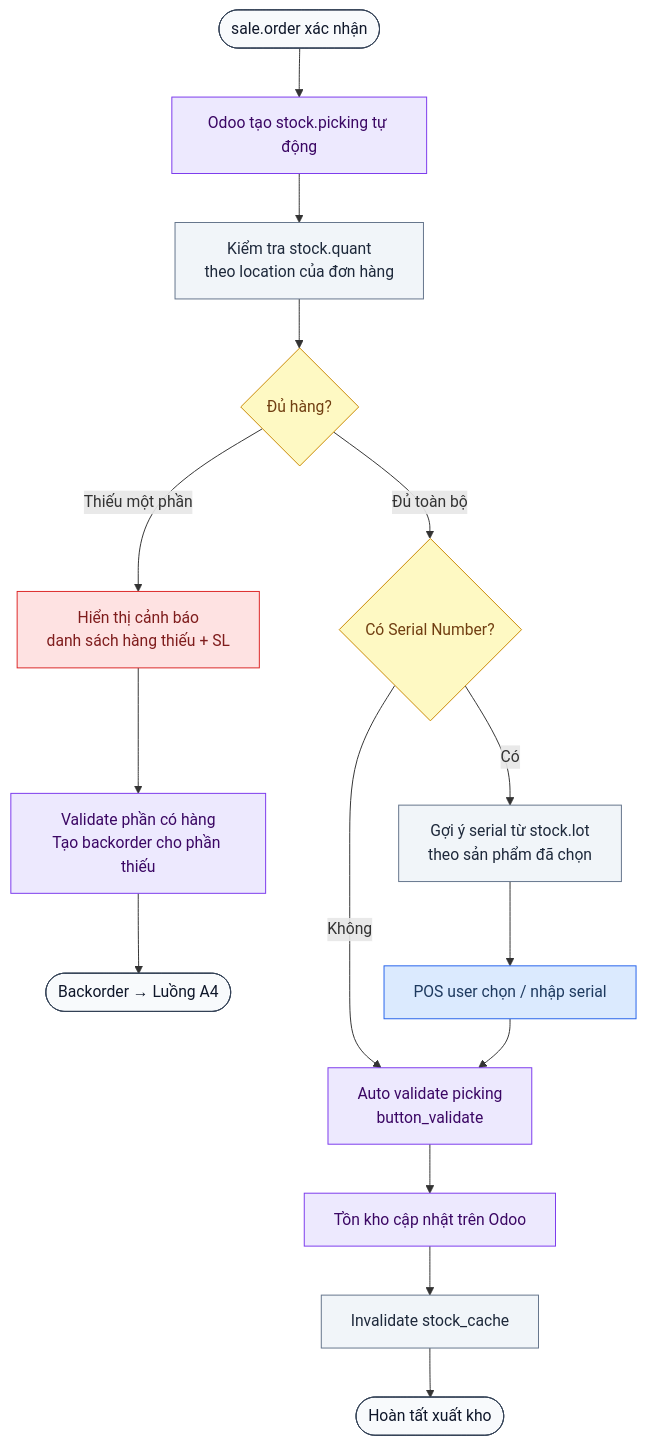
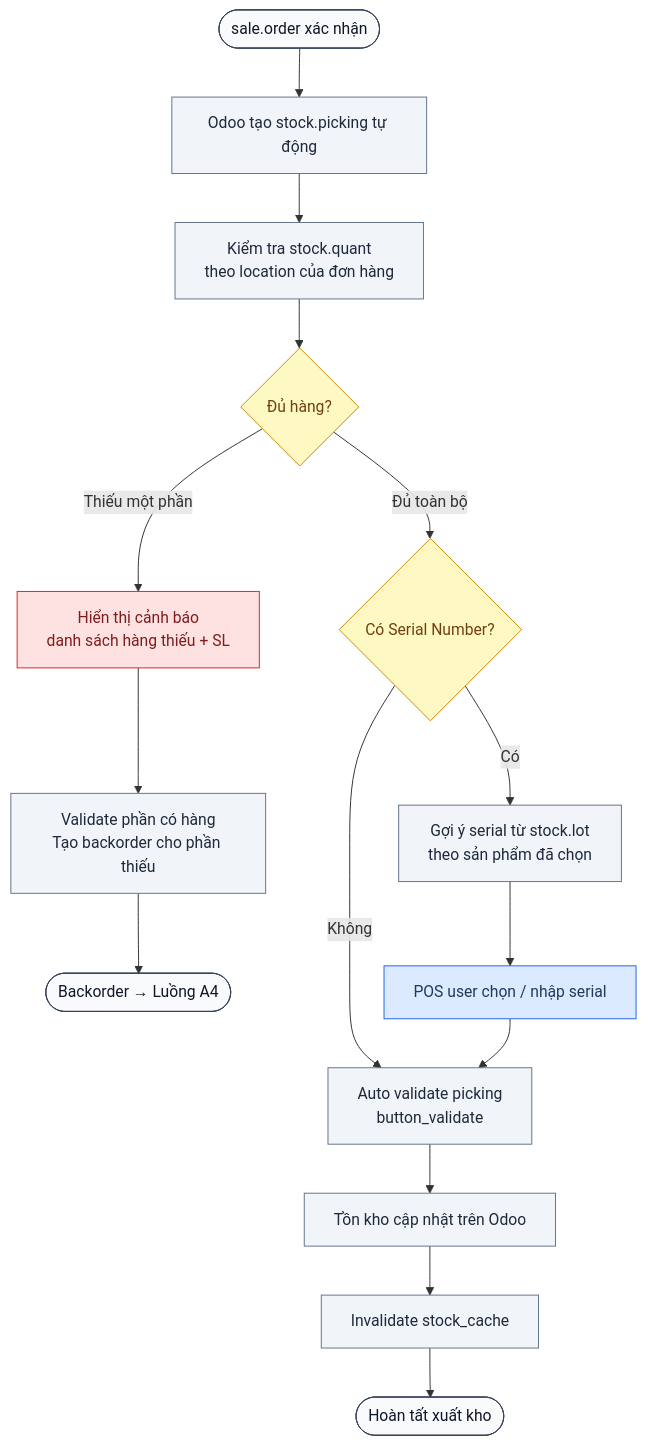
The third of 15 diagrams in process_flow.md (ngohuuduc/VJ_mobile_POS), drawn with Mermaid before and after one commit. The commit also changed other lines of this file and 2 other files, not shown here.

Commit message:
Update documentation: increment version and update last modified date for open questions, process flow, and scope documents

````diff
--- a/process_flow.md
+++ b/process_flow.md
@@ -148,25 +155,24 @@
 ```mermaid
 flowchart TD
     classDef user fill:#DBEAFE,stroke:#2563EB,color:#1e3a5f
     classDef system fill:#F1F5F9,stroke:#64748B,color:#1e293b
-    classDef odoo fill:#EDE9FE,stroke:#7C3AED,color:#3b0764
-    classDef db fill:#DCFCE7,stroke:#16A34A,color:#14532d
+    classDef accountant fill:#CCFBF1,stroke:#0D9488,color:#134E4A
     classDef decision fill:#FEF9C3,stroke:#CA8A04,color:#713f12
     classDef terminal fill:#F8FAFC,stroke:#334155,color:#0f172a
     classDef warning fill:#FEE2E2,stroke:#DC2626,color:#7f1d1d
 
-    A([sale.order xác nhận]):::terminal --> B[Odoo tạo stock.picking tự động]:::odoo
+    A([sale.order xác nhận]):::terminal --> B[Odoo tạo stock.picking tự động]:::system
     B --> C[Kiểm tra stock.quant\ntheo location của đơn hàng]:::system
     C --> D{Đủ hàng?}:::decision
     D -- Đủ toàn bộ --> E{Có Serial Number?}:::decision
     D -- Thiếu một phần --> F[Hiển thị cảnh báo\ndanh sách hàng thiếu + SL]:::warning
-    F --> G[Validate phần có hàng\nTạo backorder cho phần thiếu]:::odoo
+    F --> G[Validate phần có hàng\nTạo backorder cho phần thiếu]:::system
     G --> H([Backorder → Luồng A4]):::terminal
-    E -- Không --> I[Auto validate picking\nbutton_validate]:::odoo
+    E -- Không --> I[Auto validate picking\nbutton_validate]:::system
     E -- Có --> J[Gợi ý serial từ stock.lot\ntheo sản phẩm đã chọn]:::system
     J --> K[POS user chọn / nhập serial]:::user
     K --> I
-    I --> L[Tồn kho cập nhật trên Odoo]:::odoo
+    I --> L[Tồn kho cập nhật trên Odoo]:::system
     L --> M[Invalidate stock_cache]:::system
     M --> N([Hoàn tất xuất kho]):::terminal
 ```
````
